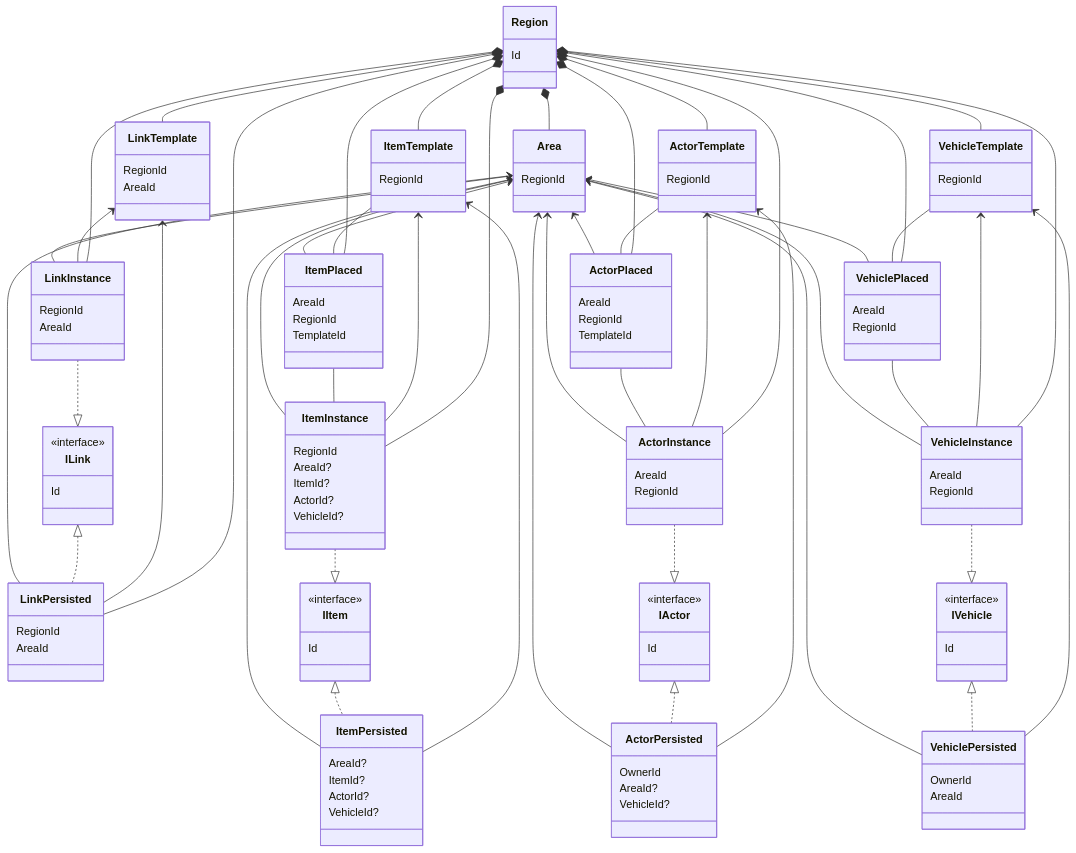
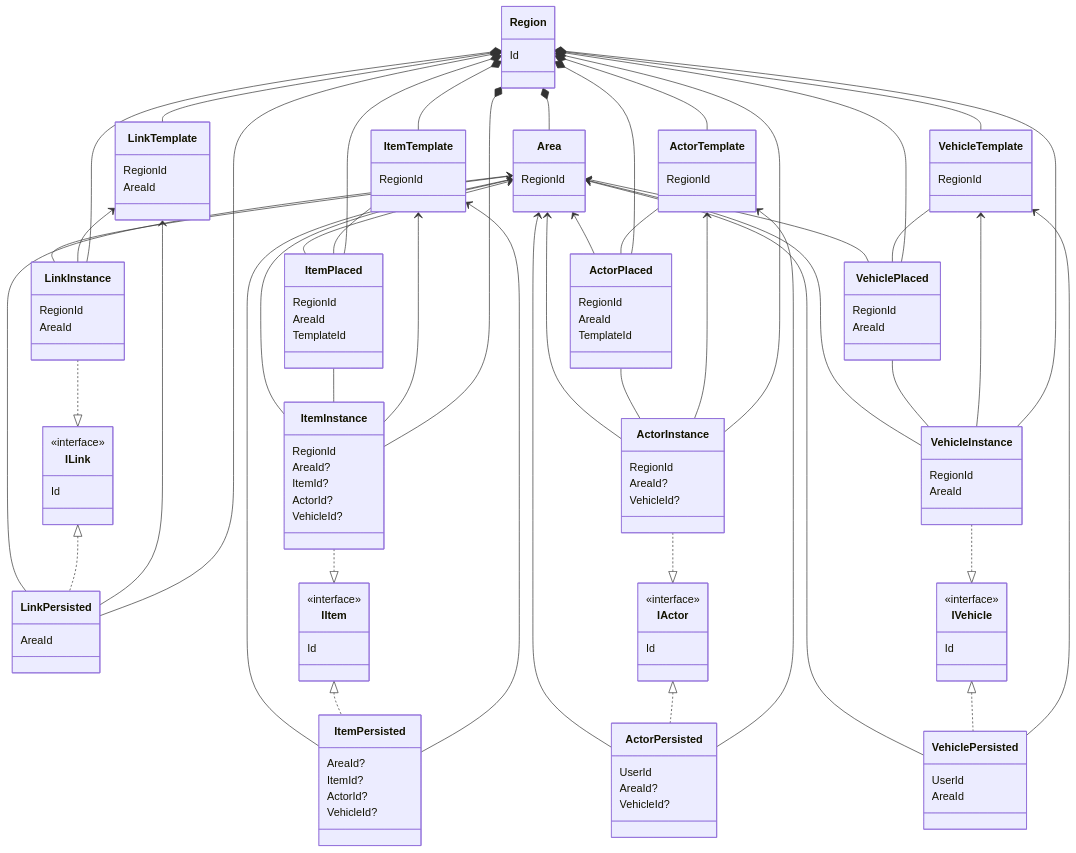
The second of 3 diagrams in docs/GameObjects.md (blazormud/blazormud), drawn with Mermaid before and after one commit. The commit also changed other lines of this file, not shown here.

Commit message:
Update game object diagram

```diff
--- a/docs/GameObjects.md
+++ b/docs/GameObjects.md
@@ -157,7 +157,6 @@
   Id
 }
 class LinkPersisted {
-  RegionId
   AreaId
 }
 
@@ -165,8 +164,8 @@
   RegionId
 }
 class ItemPlaced {
+  RegionId
   AreaId
-  RegionId
   TemplateId
 }
 class ItemInstance {
@@ -191,20 +190,21 @@
   RegionId
 }
 class ActorPlaced {
+  RegionId
   AreaId
-  RegionId
   TemplateId
 }
 class ActorInstance {
-  AreaId
   RegionId
+  AreaId?
+  VehicleId?
 }
 class IActor {
   <<interface>>
   Id
 }
 class ActorPersisted {
-  OwnerId
+  UserId
   AreaId?
   VehicleId?
 }
@@ -213,19 +213,19 @@
   RegionId
 }
 class VehiclePlaced {
+  RegionId
   AreaId
-  RegionId
 }
 class VehicleInstance {
+  RegionId
   AreaId
-  RegionId
 }
 class IVehicle {
   <<interface>>
   Id
 }
 class VehiclePersisted {
-  OwnerId
+  UserId
   AreaId
 }
 
```
